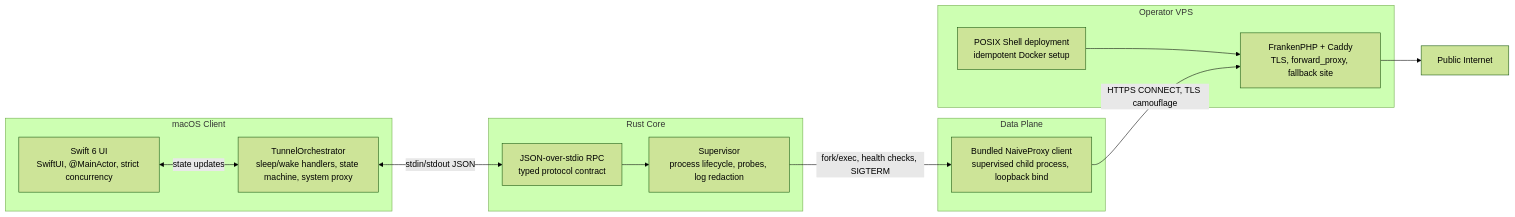
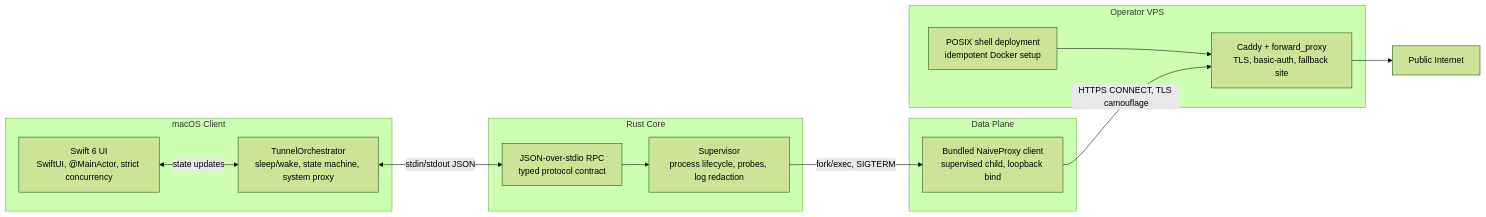
The diagram in README.md (coo1white/cool-tunnel), drawn with Mermaid (forest theme) before and after one commit. The commit also changed other lines of this file, not shown here.

````diff
--- a/README.md
+++ b/README.md
@@ -50,29 +391,29 @@
 ```mermaid
 flowchart LR
     subgraph Mac["macOS Client"]
         UI["Swift 6 UI<br/>SwiftUI, @MainActor, strict concurrency"]
-        ORC["TunnelOrchestrator<br/>sleep/wake handlers, state machine, system proxy"]
+        ORC["TunnelOrchestrator<br/>sleep/wake, state machine, system proxy"]
         UI <-->|state updates| ORC
     end
 
     subgraph Core["Rust Core"]
         RPC["JSON-over-stdio RPC<br/>typed protocol contract"]
         SUP["Supervisor<br/>process lifecycle, probes, log redaction"]
         RPC --> SUP
     end
 
     subgraph Data["Data Plane"]
-        NP["Bundled NaiveProxy client<br/>supervised child process, loopback bind"]
+        NP["Bundled NaiveProxy client<br/>supervised child, loopback bind"]
     end
 
     subgraph VPS["Operator VPS"]
-        SH["POSIX Shell deployment<br/>idempotent Docker setup"]
-        WEB["FrankenPHP + Caddy<br/>TLS, forward_proxy, fallback site"]
+        SH["POSIX shell deployment<br/>idempotent Docker setup"]
+        WEB["Caddy + forward_proxy<br/>TLS, basic-auth, fallback site"]
         SH --> WEB
     end
 
     ORC <-->|stdin/stdout JSON| RPC
-    SUP -->|fork/exec, health checks, SIGTERM| NP
+    SUP -->|fork/exec, SIGTERM| NP
     NP -->|HTTPS CONNECT, TLS camouflage| WEB
     WEB --> Internet["Public Internet"]
 ```
````
